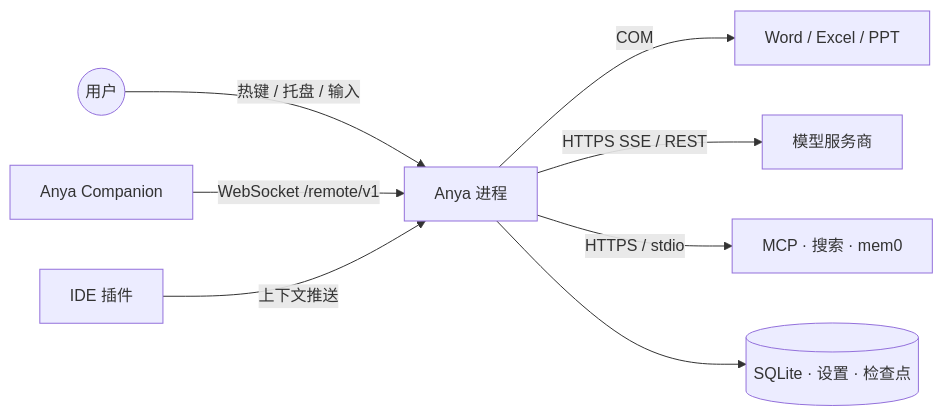
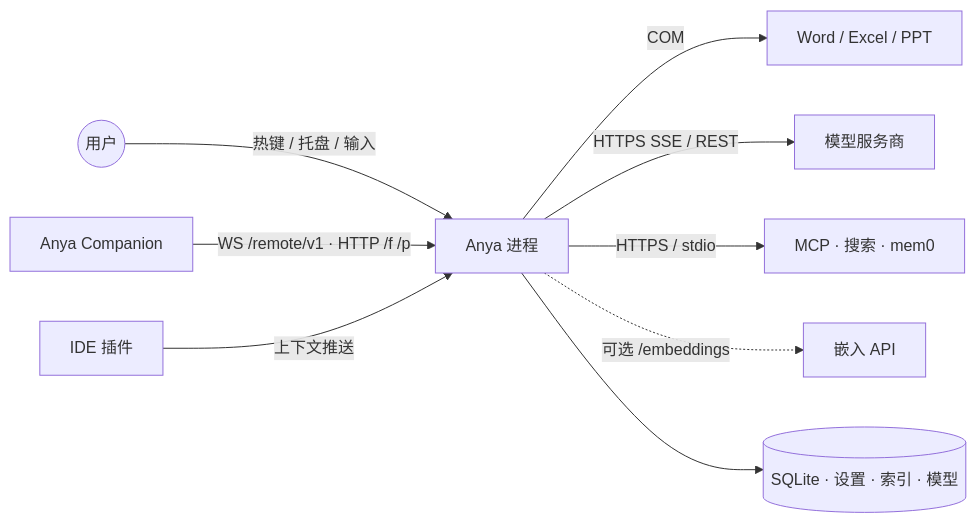
One commit to rururunu/Anya changed the first of 18 diagrams in docs/architecture-overview.zh-CN.md. Above: the diagram before and after it, drawn with Mermaid. The commit also changed other lines of this file and 86 other files, not shown here.

First line of the commit message:
feat: v0.2.10 RAG 语义检索、Companion HTTP 下载与工作台毛玻璃

````diff
--- a/docs/architecture-overview.zh-CN.md
+++ b/docs/architecture-overview.zh-CN.md
@@ -47,10 +47,11 @@
 ```mermaid
 flowchart LR
   User((用户)) -->|热键 / 托盘 / 输入| Host[Anya 进程]
-  Phone[Anya Companion] -->|WebSocket /remote/v1| Host
+  Phone[Anya Companion] -->|WS /remote/v1 · HTTP /f /p| Host
   IDE[IDE 插件] -->|上下文推送| Host
   Host -->|COM| Office[Word / Excel / PPT]
   Host -->|HTTPS SSE / REST| LLM[模型服务商]
   Host -->|HTTPS / stdio| Aux[MCP · 搜索 · mem0]
-  Host --> Disk[(SQLite · 设置 · 检查点)]
+  Host -.->|可选 /embeddings| Emb[嵌入 API]
+  Host --> Disk[(SQLite · 设置 · 索引 · 模型)]
 ```
````
